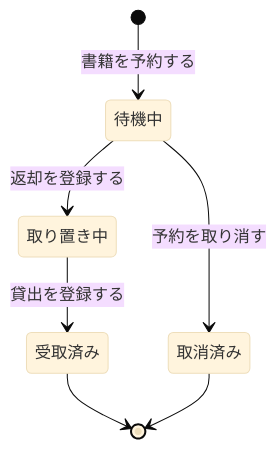
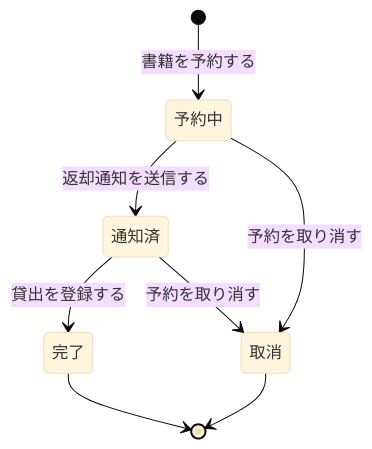
The third of 3 diagrams in samples/distillery2/library-loan/docs/requirements/rdra/views/06_状態モデル.md (suwa-sh/suwa-sh-claude-plugins), drawn with Mermaid (base theme) before and after one commit. The commit also changed other lines of this file and 249 other files, not shown here.

````diff
--- a/samples/distillery2/library-loan/docs/requirements/rdra/views/06_状態モデル.md
+++ b/samples/distillery2/library-loan/docs/requirements/rdra/views/06_状態モデル.md
@@ -58,13 +57,14 @@
 ```mermaid
 stateDiagram-v2
-  s1 : 待機中
-  s2 : 取り置き中
-  s3 : 取消済み
-  s4 : 受取済み
+  s1 : 予約中
+  s2 : 通知済
+  s3 : 完了
+  s4 : 取消
   [*] --> s1 : 書籍を予約する
-  s1 --> s2 : 返却を登録する
-  s1 --> s3 : 予約を取り消す
-  s2 --> s4 : 貸出を登録する
+  s1 --> s2 : 返却通知を送信する
+  s2 --> s3 : 貸出を登録する
+  s1 --> s4 : 予約を取り消す
+  s2 --> s4 : 予約を取り消す
+  s3 --> [*]
   s4 --> [*]
-  s3 --> [*]
 ```
````
